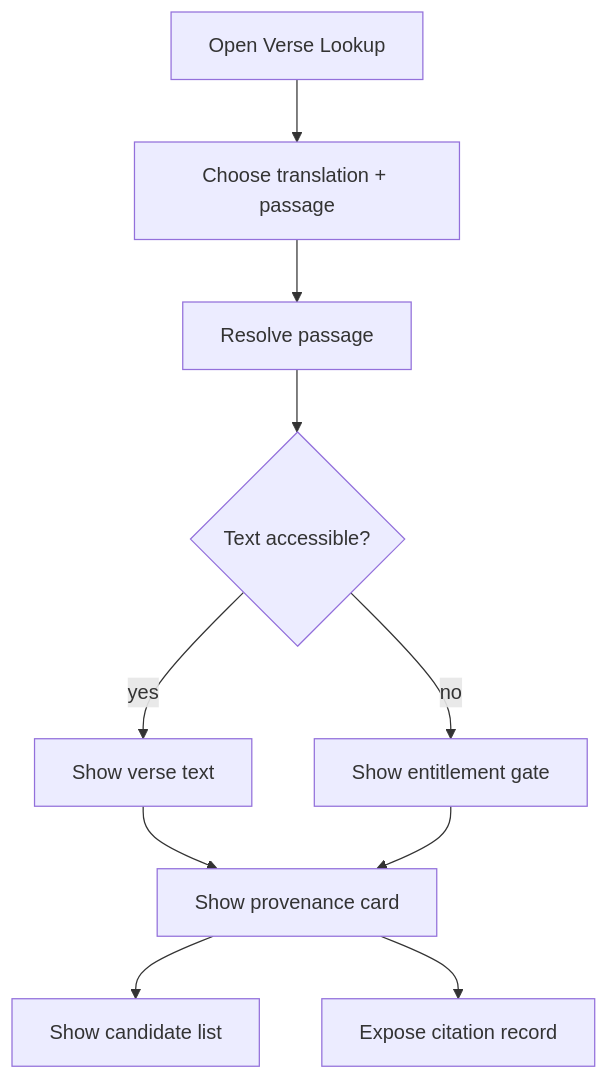
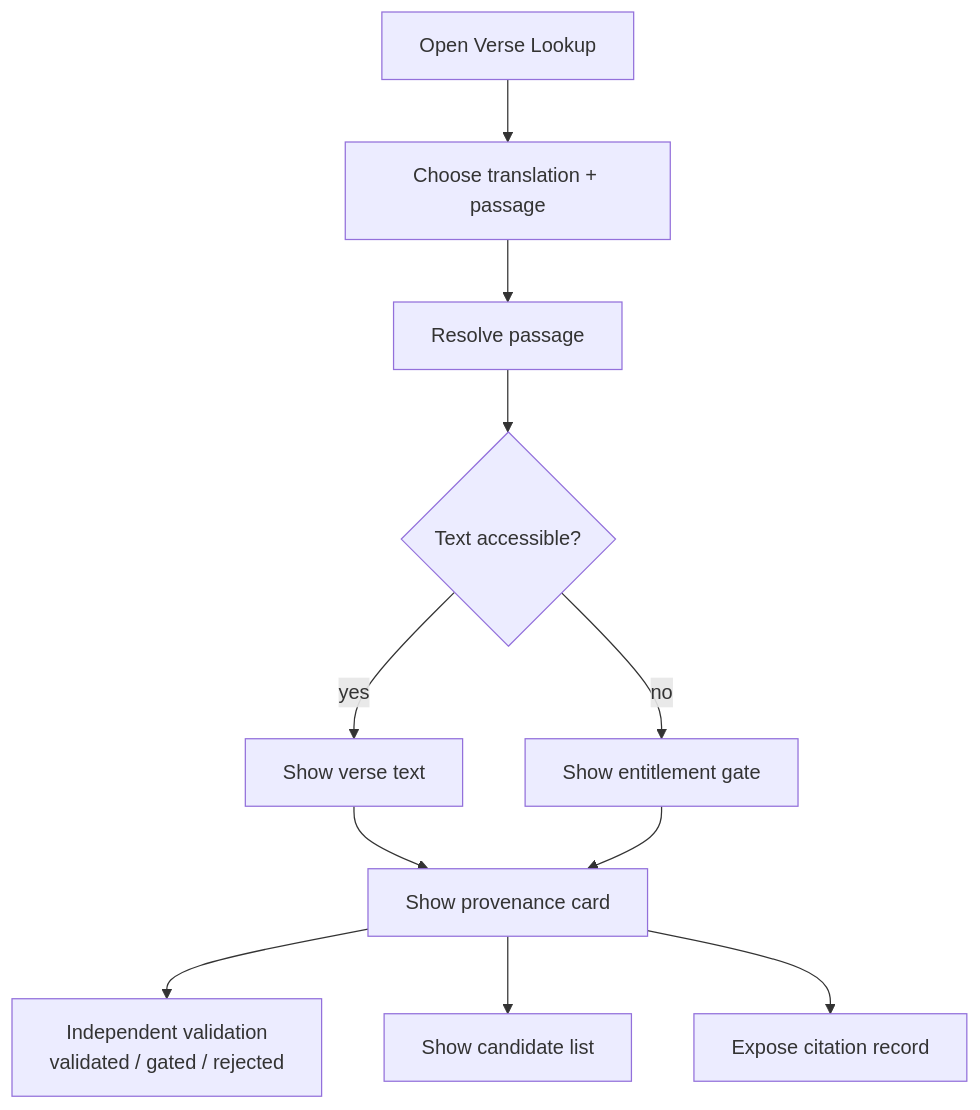
One commit to rpedersen3/verifiable-content-demo changed the first of 3 diagrams in documents/information-architecture.md. Above: the diagram before and after it, drawn with Mermaid. The commit also changed other lines of this file and 9 other files, not shown here.

````diff
--- a/documents/information-architecture.md
+++ b/documents/information-architecture.md
@@ -17,20 +18,22 @@
 ```mermaid
 flowchart TD
   Start["Open Verse Lookup"]
   Choose["Choose translation + passage"]
   Resolve["Resolve passage"]
   Access{"Text accessible?"}
   Verse["Show verse text"]
   Gate["Show entitlement gate"]
   Provenance["Show provenance card"]
+  Validate["Independent validation\nvalidated / gated / rejected"]
   Candidates["Show candidate list"]
   Citation["Expose citation record"]
 
   Start --> Choose --> Resolve --> Access
   Access -->|yes| Verse
   Access -->|no| Gate
   Verse --> Provenance
   Gate --> Provenance
+  Provenance --> Validate
   Provenance --> Candidates
   Provenance --> Citation
 ```
````
